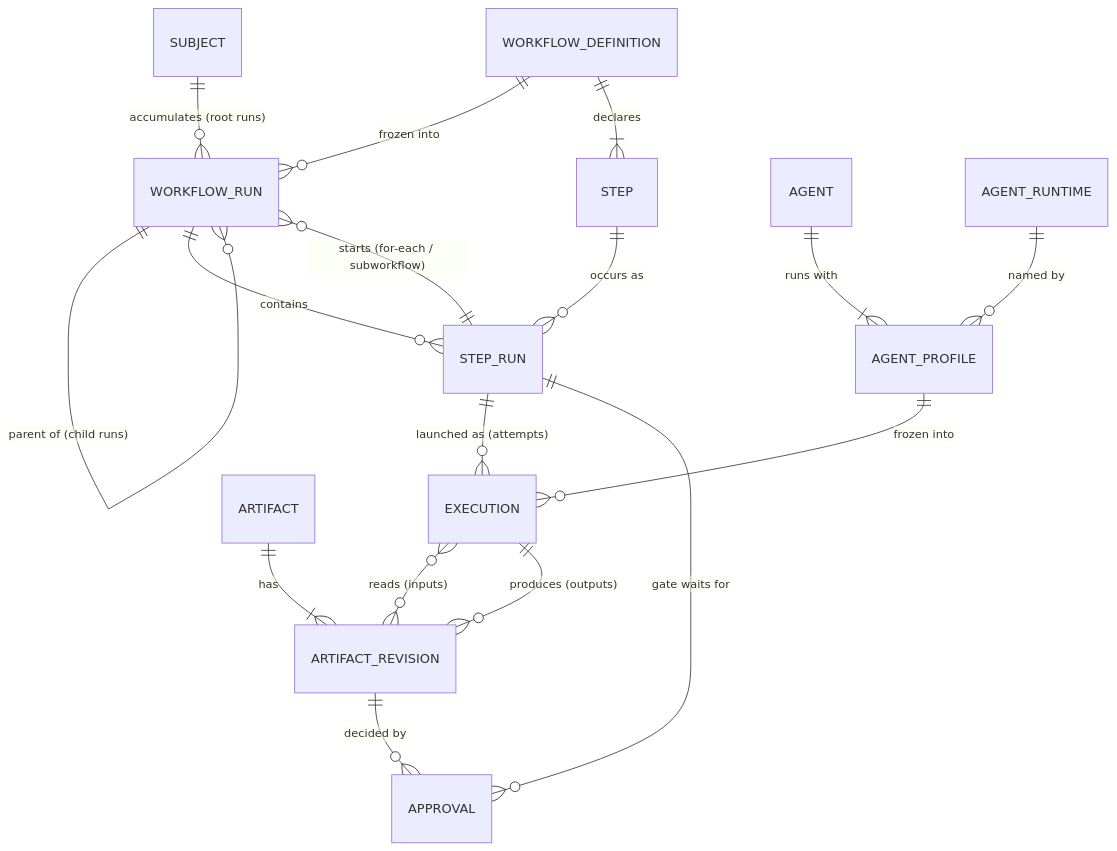
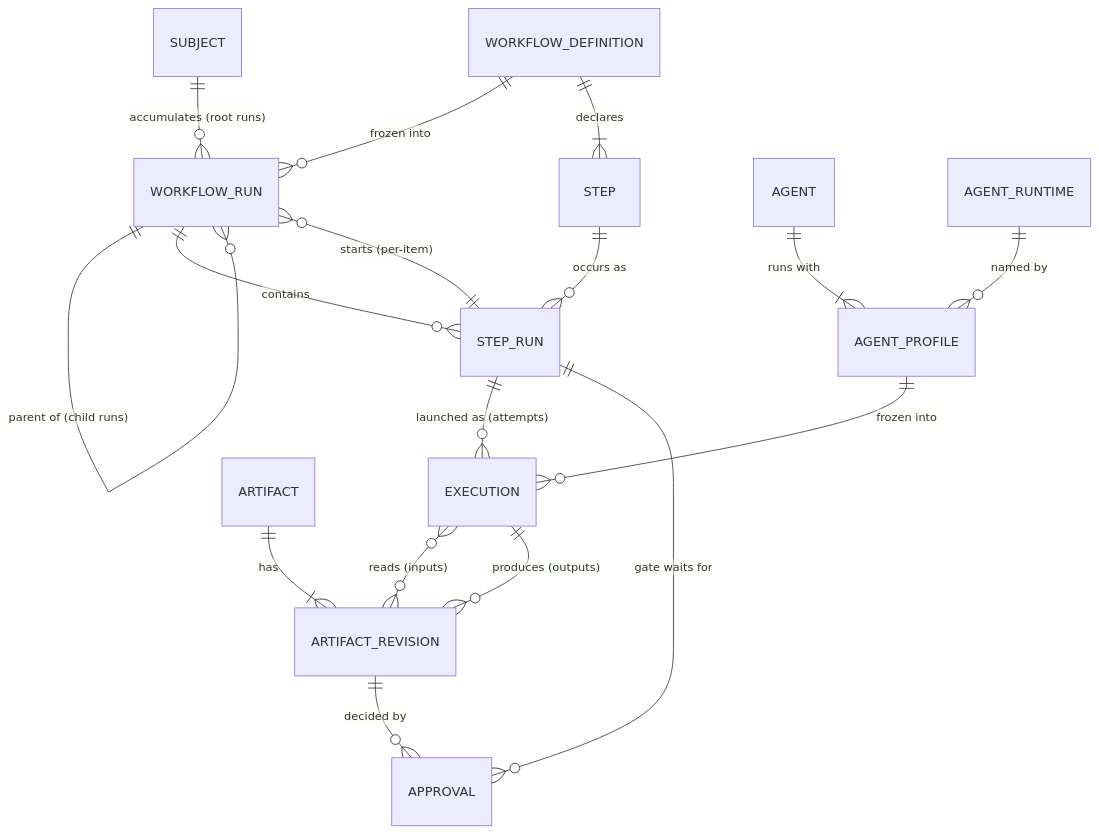
One commit to kalieleduard/surt changed the diagram in docs/architecture/C-domain-model.md. Above: the diagram before and after it, drawn with Mermaid. The commit also changed other lines of this file and 16 other files, not shown here.

Commit message:
docs: resolve workflow TOML schema ticket for Surt architecture

````diff
--- a/docs/architecture/C-domain-model.md
+++ b/docs/architecture/C-domain-model.md
@@ -16,19 +16,19 @@
 ```mermaid
 erDiagram
     SUBJECT ||--o{ WORKFLOW_RUN : "accumulates (root runs)"
     WORKFLOW_DEFINITION ||--o{ WORKFLOW_RUN : "frozen into"
     WORKFLOW_RUN ||--o{ WORKFLOW_RUN : "parent of (child runs)"
     WORKFLOW_DEFINITION ||--|{ STEP : declares
     WORKFLOW_RUN ||--o{ STEP_RUN : contains
     STEP ||--o{ STEP_RUN : "occurs as"
     STEP_RUN ||--o{ EXECUTION : "launched as (attempts)"
-    STEP_RUN ||--o{ WORKFLOW_RUN : "starts (for-each / subworkflow)"
+    STEP_RUN ||--o{ WORKFLOW_RUN : "starts (per-item)"
     AGENT ||--|{ AGENT_PROFILE : "runs with"
     AGENT_PROFILE ||--o{ EXECUTION : "frozen into"
     AGENT_RUNTIME ||--o{ AGENT_PROFILE : "named by"
     EXECUTION }o--o{ ARTIFACT_REVISION : "reads (inputs)"
     EXECUTION ||--o{ ARTIFACT_REVISION : "produces (outputs)"
     ARTIFACT ||--|{ ARTIFACT_REVISION : "has"
     ARTIFACT_REVISION ||--o{ APPROVAL : "decided by"
     STEP_RUN ||--o{ APPROVAL : "gate waits for"
 ```
````
